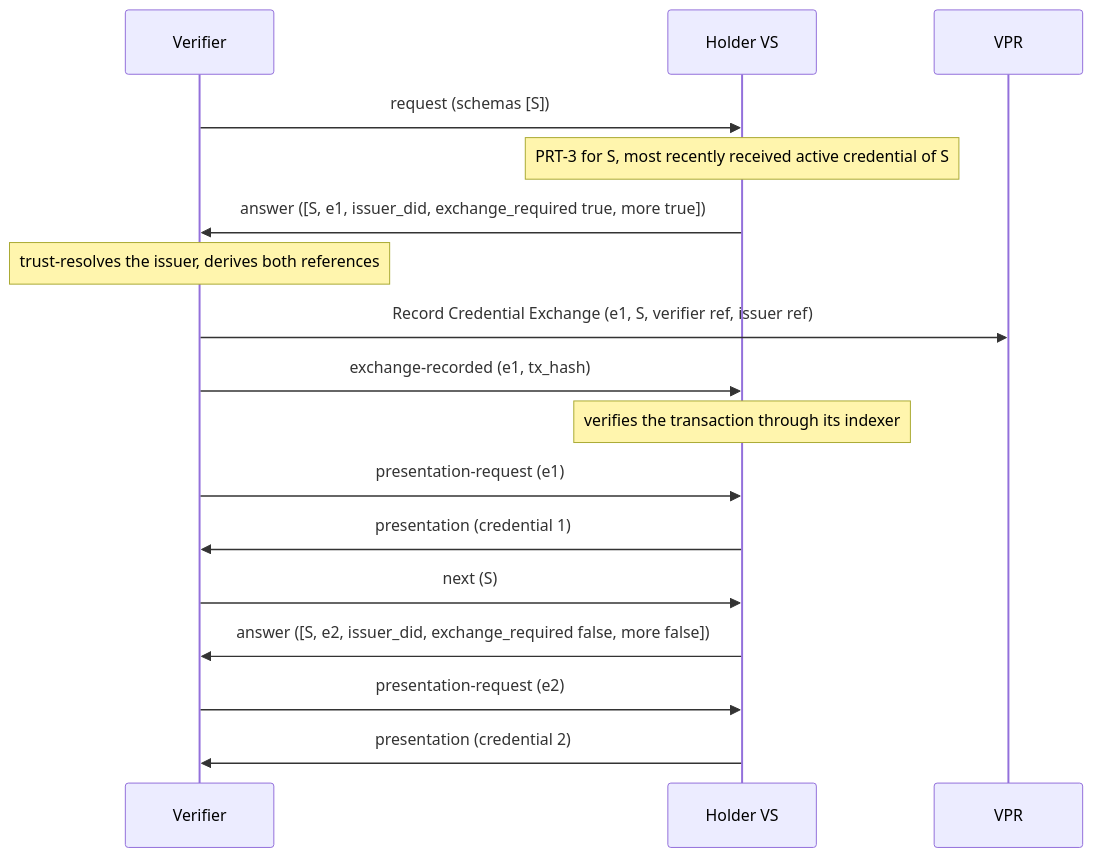
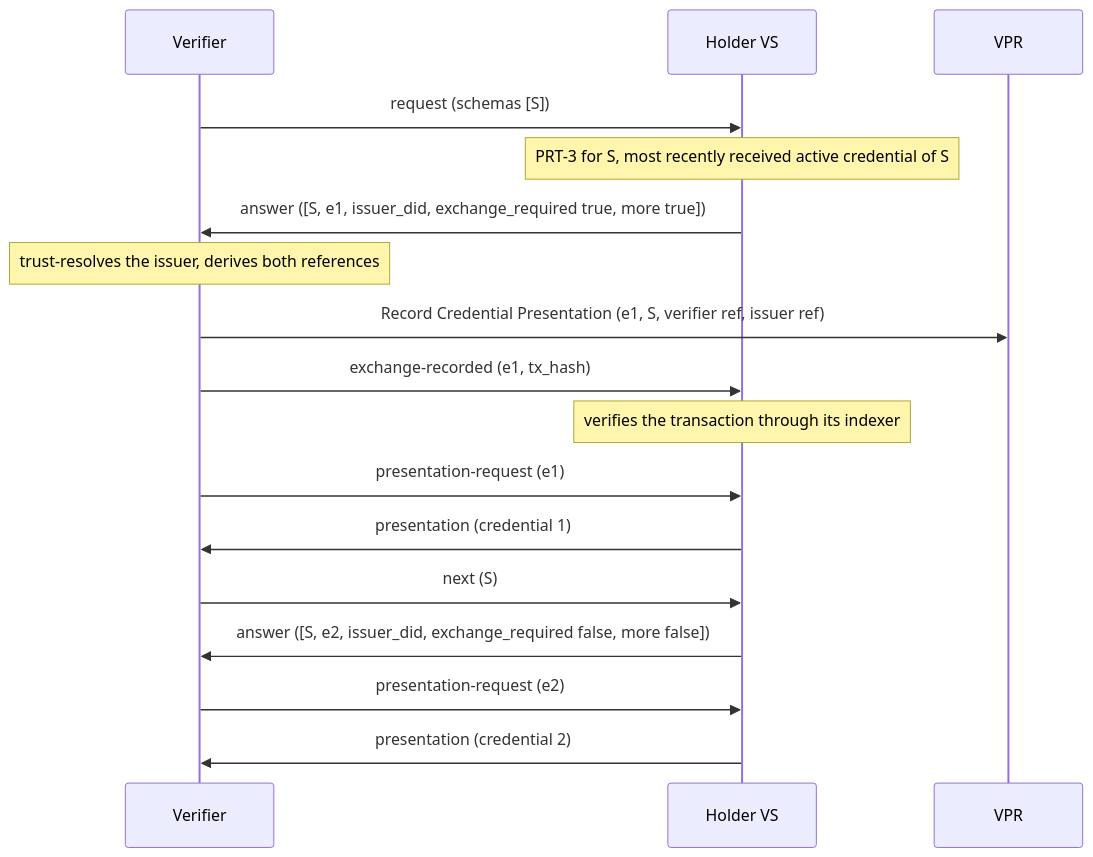
One commit to verana-labs/verifiable-trust-spec changed diagram 12 of 16 in spec.md. Above: the diagram before and after it, drawn with Mermaid. The commit also changed other lines of this file, not shown here.

Commit message:
Exchange records follow the VPR split: CredentialIssuance for an issuance, CredentialPresentation for a presentation

````diff
--- a/spec.md
+++ b/spec.md
@@ -2255,19 +2255,19 @@
 ```mermaid
 sequenceDiagram
     participant V as Verifier
     participant H as Holder VS
     participant VPR as VPR
     V->>H: request (schemas [S])
     Note over H: PRT-3 for S, most recently received active credential of S
     H->>V: answer ([S, e1, issuer_did, exchange_required true, more true])
     Note over V: trust-resolves the issuer, derives both references
-    V->>VPR: Record Credential Exchange (e1, S, verifier ref, issuer ref)
+    V->>VPR: Record Credential Presentation (e1, S, verifier ref, issuer ref)
     V->>H: exchange-recorded (e1, tx_hash)
     Note over H: verifies the transaction through its indexer
     V->>H: presentation-request (e1)
     H->>V: presentation (credential 1)
     V->>H: next (S)
     H->>V: answer ([S, e2, issuer_did, exchange_required false, more false])
     V->>H: presentation-request (e2)
     H->>V: presentation (credential 2)
 ```
````
